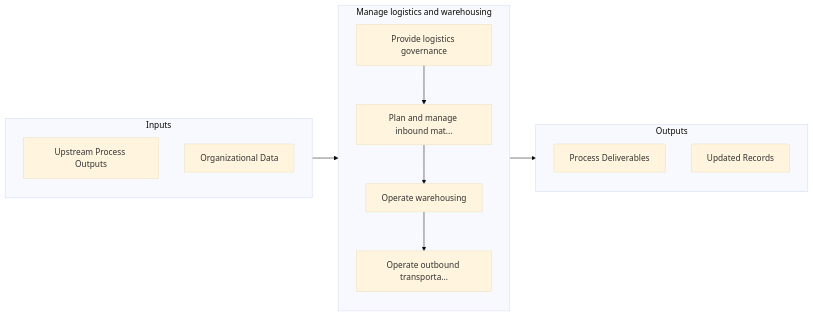
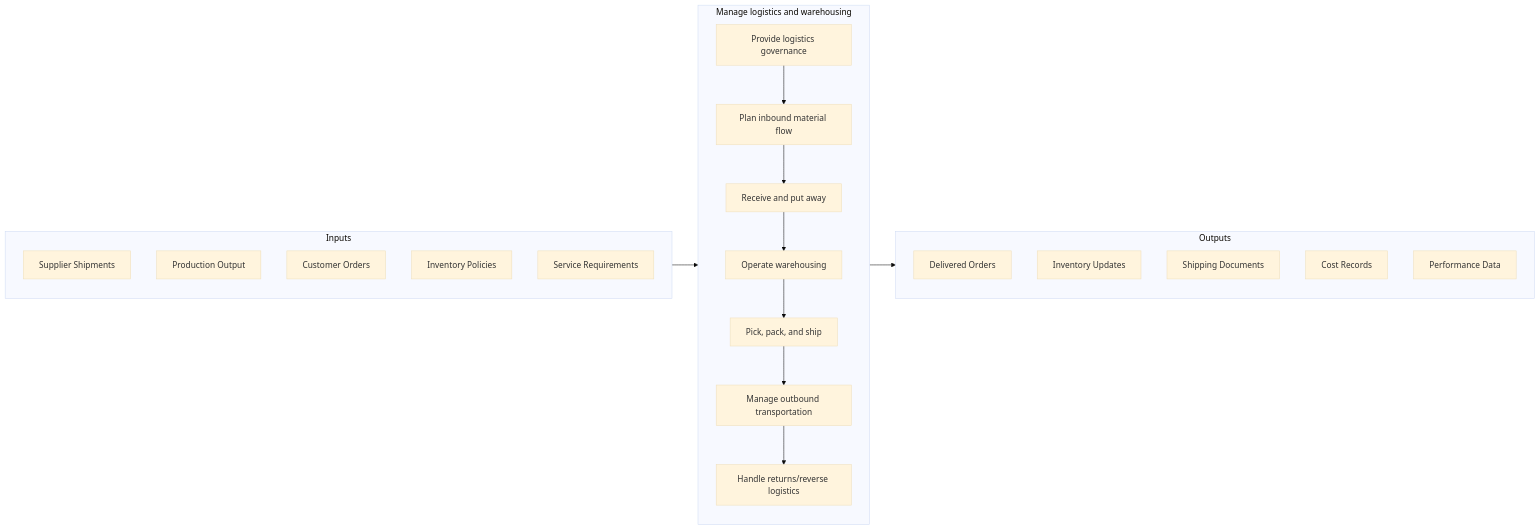
Before and after one commit to kziemski/business.org.ai: the second of 2 diagrams in processes/04-Delivery/4.4-ManageLogisticsWarehousing/index.mdx, drawn with Mermaid (base theme). The commit also changed other lines of this file and 885 other files, not shown here.

````diff
--- a/processes/04-Delivery/4.4-ManageLogisticsWarehousing/index.mdx
+++ b/processes/04-Delivery/4.4-ManageLogisticsWarehousing/index.mdx
@@ -61,24 +61,33 @@
 ```mermaid
 flowchart LR
     subgraph Inputs["Inputs"]
-        I1["Upstream Process Outputs"]
-        I2["Organizational Data"]
+        I1["Supplier Shipments"]
+        I2["Production Output"]
+        I3["Customer Orders"]
+        I4["Inventory Policies"]
+        I5["Service Requirements"]
     end
 
     subgraph Process["Manage logistics and warehousing"]
         S1["Provide logistics governance"]
-        S2["Plan and manage inbound mat..."]
-        S3["Operate warehousing"]
-        S4["Operate outbound transporta..."]
+        S2["Plan inbound material flow"]
+        S3["Receive and put away"]
+        S4["Operate warehousing"]
+        S5["Pick, pack, and ship"]
+        S6["Manage outbound transportation"]
+        S7["Handle returns/reverse logistics"]
+
+        S1 --> S2 --> S3 --> S4 --> S5 --> S6
+        S6 --> S7
     end
 
     subgraph Outputs["Outputs"]
-        O1["Process Deliverables"]
-        O2["Updated Records"]
+        O1["Delivered Orders"]
+        O2["Inventory Updates"]
+        O3["Shipping Documents"]
+        O4["Cost Records"]
+        O5["Performance Data"]
     end
 
     Inputs --> Process --> Outputs
-    S1 --> S2
-    S2 --> S3
-    S3 --> S4
 ```
````
